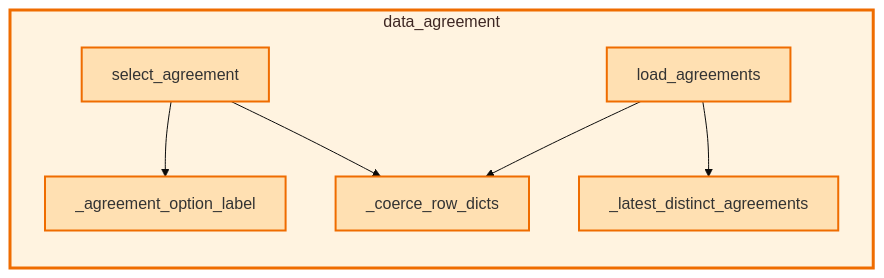
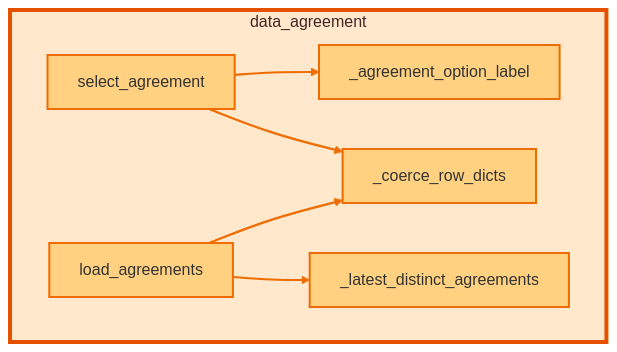
Before and after one commit to Voycepeh/FabricOps-Starter-Kit: the diagram in docs/api/modules/data_agreement.md, drawn with Mermaid (base theme). The commit also changed 13 other files, not shown here.

Commit message:
Polish grouped callable diagrams visual hierarchy and noise reduction

````diff
--- a/docs/api/modules/data_agreement.md
+++ b/docs/api/modules/data_agreement.md
@@ -87,20 +87,21 @@
 ```mermaid
-flowchart LR
-  classDef currentModule fill:#fff3e0,stroke:#ef6c00,stroke-width:3px,color:#3e2723;
-  classDef externalModule fill:#f5f5f5,stroke:#9e9e9e,stroke-width:1px,color:#616161;
-  classDef currentCallable fill:#ffe0b2,stroke:#ef6c00,stroke-width:2px;
-  classDef externalCallable fill:#eceff1,stroke:#90a4ae,stroke-width:1px;
+flowchart TB
+  classDef currentModule fill:#ffe8cc,stroke:#e65100,stroke-width:4px,color:#3e2723;
+  classDef externalModule fill:#f7f7f7,stroke:#b0bec5,stroke-width:1px,color:#607d8b;
+  classDef currentCallable fill:#ffd180,stroke:#ef6c00,stroke-width:2px;
+  classDef externalCallable fill:#eceff1,stroke:#b0bec5,stroke-width:1px,color:#455a64;
   subgraph m_data_agreement[data_agreement]
     fabricops_kit_data_agreement__agreement_option_label["_agreement_option_label"]
     fabricops_kit_data_agreement__coerce_row_dicts["_coerce_row_dicts"]
     fabricops_kit_data_agreement__latest_distinct_agreements["_latest_distinct_agreements"]
     fabricops_kit_data_agreement_load_agreements["load_agreements"]
     fabricops_kit_data_agreement_select_agreement["select_agreement"]
   end
   fabricops_kit_data_agreement_load_agreements --> fabricops_kit_data_agreement__coerce_row_dicts
   fabricops_kit_data_agreement_load_agreements --> fabricops_kit_data_agreement__latest_distinct_agreements
   fabricops_kit_data_agreement_select_agreement --> fabricops_kit_data_agreement__agreement_option_label
   fabricops_kit_data_agreement_select_agreement --> fabricops_kit_data_agreement__coerce_row_dicts
+  linkStyle 0,1,2,3 stroke:#ef6c00,stroke-width:2.2px;
   class m_data_agreement currentModule;
   class fabricops_kit_data_agreement__agreement_option_label,fabricops_kit_data_agreement__coerce_row_dicts,fabricops_kit_data_agreement__latest_distinct_agreements,fabricops_kit_data_agreement_load_agreements,fabricops_kit_data_agreement_select_agreement currentCallable;
 ```
````
